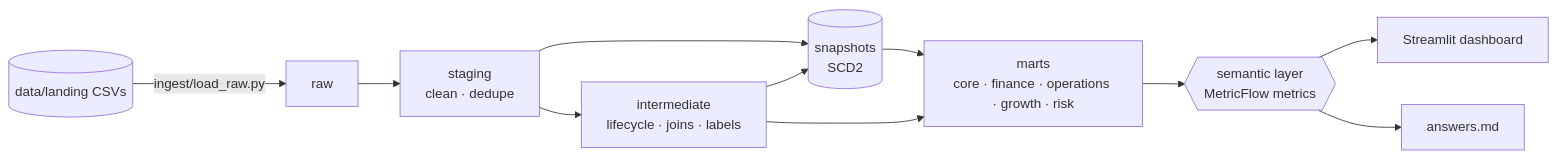
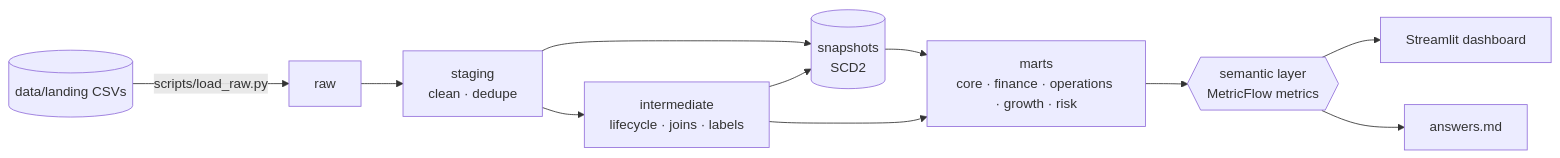
The diagram in README.md (nelchongo/felix-remittances-dbt), drawn with Mermaid before and after one commit. The commit also changed other lines of this file and 4 other files, not shown here.

````diff
--- a/README.md
+++ b/README.md
@@ -56,11 +53,11 @@
 ```mermaid
 flowchart LR
-  CSV[(data/landing CSVs)] -->|ingest/load_raw.py| RAW[raw]
+  CSV[(data/landing CSVs)] -->|scripts/load_raw.py| RAW[raw]
   RAW --> STG[staging<br/>clean · dedupe]
   STG --> INT[intermediate<br/>lifecycle · joins · labels]
   STG & INT --> SNP[(snapshots<br/>SCD2)]
   SNP & INT --> MARTS[marts<br/>core · finance · operations · growth · risk]
   MARTS --> SL{{semantic layer<br/>MetricFlow metrics}}
   SL --> DASH[Streamlit dashboard]
   SL --> ANS[answers.md]
 ```
````
